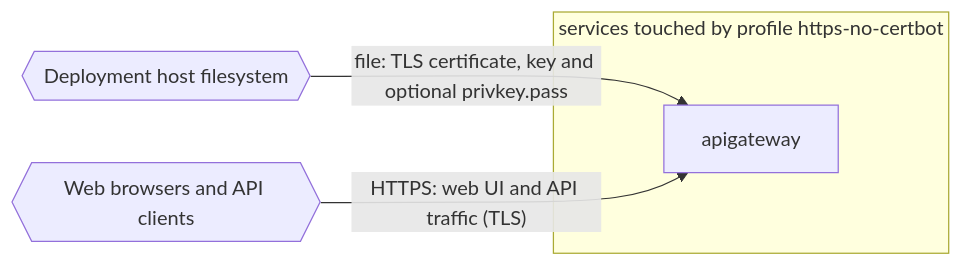
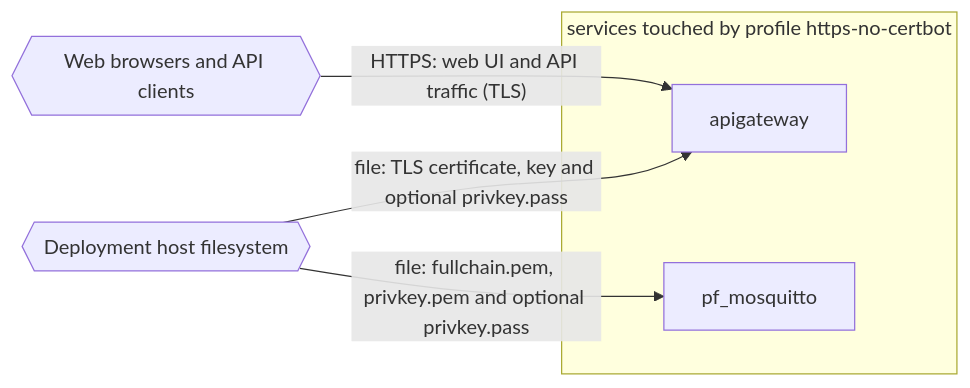
One commit to pacefactory/deployment-scripts changed the diagram in docs/architecture/profiles/https-no-certbot.md. Above: the diagram before and after it, drawn with Mermaid. The commit also changed other lines of this file and 82 other files, not shown here.

First line of the commit message:
docs: feed pf_mosquitto facts back into the architecture docs

````diff
--- a/docs/architecture/profiles/https-no-certbot.md
+++ b/docs/architecture/profiles/https-no-certbot.md
@@ -68,11 +69,13 @@
 ```mermaid
 flowchart LR
   classDef optional stroke-dasharray: 5 5
   subgraph deployment["services touched by profile https-no-certbot"]
     apigateway["apigateway"]
+    pf_mosquitto["pf_mosquitto"]
   end
   ext_host_fs{{"Deployment host filesystem"}}
   ext_web_clients{{"Web browsers and API clients"}}
   ext_host_fs -->|"file: TLS certificate, key and optional privkey.pass"| apigateway
+  ext_host_fs -->|"file: fullchain.pem, privkey.pem and optional privkey.pass"| pf_mosquitto
   ext_web_clients -->|"HTTPS: web UI and API traffic (TLS)"| apigateway
 ```
````
